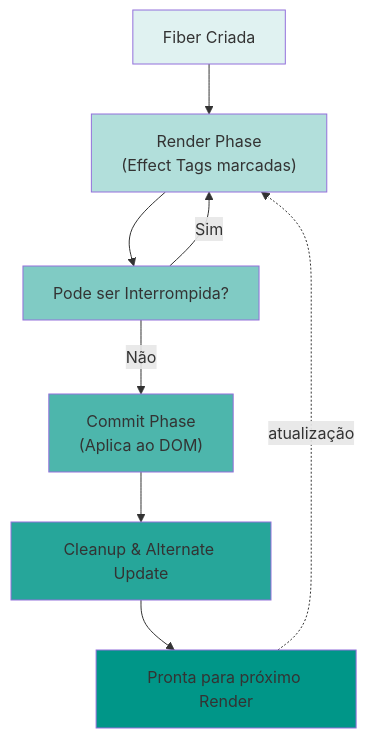
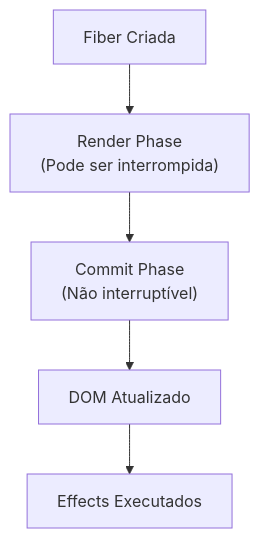
One commit to g-villarinho/villax changed the third of 3 diagrams in README.md. Above: the diagram before and after it, drawn with Mermaid. The commit also changed other lines of this file, not shown here.

````diff
--- a/README.md
+++ b/README.md
@@ -94,24 +76,14 @@
 ```mermaid
+%%{init: {'theme': 'default'}}%%
 graph TD
     A["Fiber Criada"]
-    B["Render Phase<br/>(Effect Tags marcadas)"]
-    C["Pode ser Interrompida?"]
-    D["Commit Phase<br/>(Aplica ao DOM)"]
-    E["Cleanup & Alternate Update"]
-    F["Pronta para próximo Render"]
+    B["Render Phase<br/>(Pode ser interrompida)"]
+    C["Commit Phase<br/>(Não interruptível)"]
+    D["DOM Atualizado"]
+    E["Effects Executados"]
     
     A --> B
     B --> C
-    C -->|Sim| B
-    C -->|Não| D
+    C --> D
     D --> E
-    E --> F
-    F -.->|atualização| B
-    
-    style A fill:#E0F2F1
-    style B fill:#B2DFDB
-    style C fill:#80CBC4
-    style D fill:#4DB6AC
-    style E fill:#26A69A
-    style F fill:#009688
 ```
````
